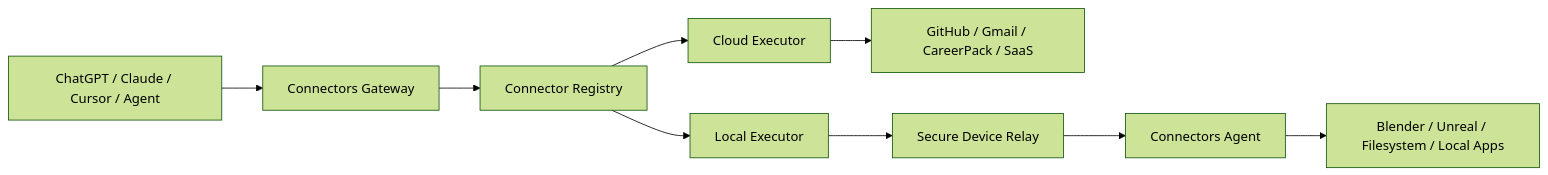
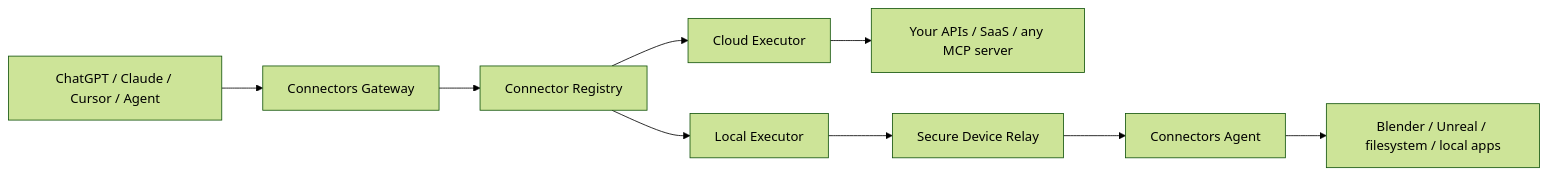
The diagram in README.md (rahmanef63/connectors-gateway), drawn with Mermaid (forest theme) before and after one commit. The commit also changed other lines of this file, not shown here.

````diff
--- a/README.md
+++ b/README.md
@@ -16,11 +19,11 @@
 ```mermaid
 flowchart LR
     AI["ChatGPT / Claude / Cursor / Agent"] --> GW["Connectors Gateway"]
     GW --> CR["Connector Registry"]
     CR --> CE["Cloud Executor"]
     CR --> LE["Local Executor"]
-    CE --> SaaS["GitHub / Gmail / CareerPack / SaaS"]
+    CE --> SaaS["Your APIs / SaaS / any MCP server"]
     LE --> RELAY["Secure Device Relay"]
     RELAY --> AGENT["Connectors Agent"]
-    AGENT --> LOCAL["Blender / Unreal / Filesystem / Local Apps"]
+    AGENT --> LOCAL["Blender / Unreal / filesystem / local apps"]
 ```
````
